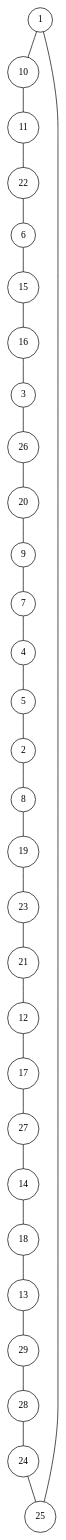
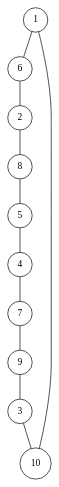
Before and after one commit to lugot/tsp-approximation: the diagram in data_generated/random1012484/random1012484.0.dot, drawn with Graphviz. The commit also changed 45 other files, not shown here.

```diff
--- a/data_generated/random1012484/random1012484.0.dot
+++ b/data_generated/random1012484/random1012484.0.dot
@@ -1,62 +1,24 @@
 graph random1012484 {
 	node [shape=circle fillcolor=white]
 	1 [ pos = "0.667158,3.291296!"]
 	2 [ pos = "17.711670,14.948317!"]
 	3 [ pos = "8.457189,7.426452!"]
 	4 [ pos = "20.000000,12.982976!"]
 	5 [ pos = "19.648191,15.435664!"]
 	6 [ pos = "3.204100,11.130648!"]
 	7 [ pos = "18.055529,12.025427!"]
 	8 [ pos = "13.760635,15.675307!"]
 	9 [ pos = "16.573455,9.454567!"]
 	10 [ pos = "2.087824,7.511968!"]
-	11 [ pos = "4.439135,8.397395!"]
-	12 [ pos = "13.074147,19.931845!"]
-	13 [ pos = "8.711208,2.990664!"]
-	14 [ pos = "14.859308,3.850754!"]
-	15 [ pos = "3.377204,11.441336!"]
-	16 [ pos = "8.033593,4.044362!"]
-	17 [ pos = "14.732632,4.742245!"]
-	18 [ pos = "18.992679,2.186805!"]
-	19 [ pos = "12.168697,17.989661!"]
-	20 [ pos = "15.169780,10.813870!"]
-	21 [ pos = "12.422308,18.373880!"]
-	22 [ pos = "0.941501,9.474820!"]
-	23 [ pos = "9.396290,14.702136!"]
-	24 [ pos = "4.147110,4.966727!"]
-	25 [ pos = "3.153685,6.234934!"]
-	26 [ pos = "12.478694,7.592820!"]
-	27 [ pos = "14.632329,4.549824!"]
-	28 [ pos = "6.521647,2.340520!"]
-	29 [ pos = "7.540489,0.377938!"]
 
-	29 -- 28
-	28 -- 24
-	24 -- 25
-	25 -- 1
-	1 -- 10
-	10 -- 11
-	11 -- 22
-	22 -- 6
-	6 -- 15
-	15 -- 16
-	16 -- 3
-	3 -- 26
-	26 -- 20
-	20 -- 9
-	9 -- 7
-	7 -- 4
-	4 -- 5
-	5 -- 2
+	5 -- 4
+	4 -- 7
+	7 -- 9
+	9 -- 3
+	3 -- 10
+	10 -- 1
+	1 -- 6
+	6 -- 2
 	2 -- 8
-	8 -- 19
-	19 -- 23
-	23 -- 21
-	21 -- 12
-	12 -- 17
-	17 -- 27
-	27 -- 14
-	14 -- 18
-	18 -- 13
-	13 -- 29
+	8 -- 5
 }
```
